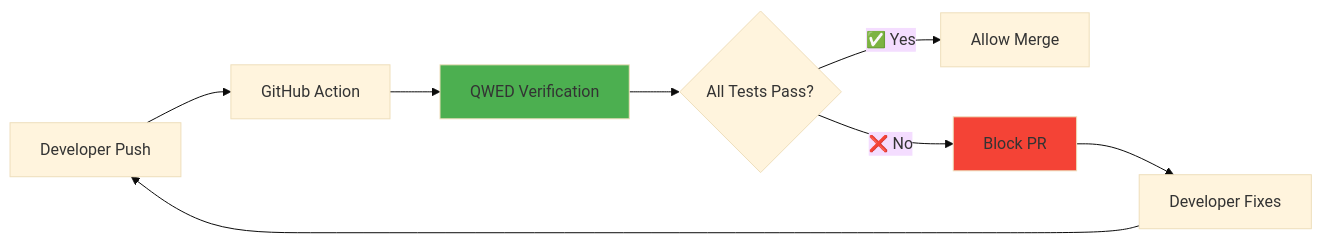
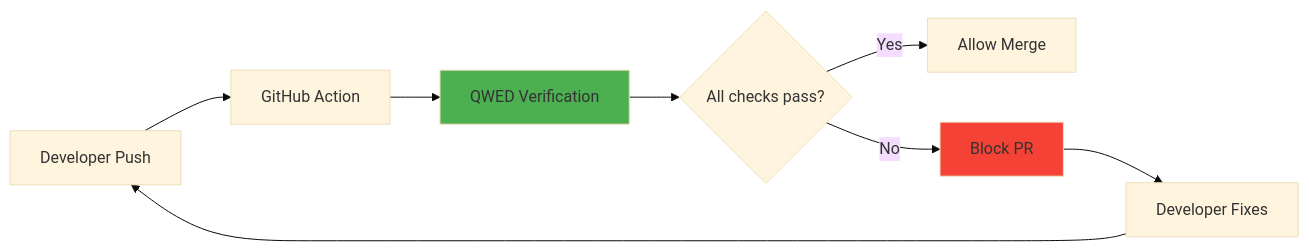
The diagram in module-9-devsecops/README.md (QWED-AI/qwed-learning), drawn with Mermaid (base theme) before and after one commit. The commit also changed other lines of this file and 3 other files, not shown here.

````diff
--- a/module-9-devsecops/README.md
+++ b/module-9-devsecops/README.md
@@ -67,13 +65,13 @@
 ```mermaid
 graph LR
     A[Developer Push] --> B[GitHub Action]
     B --> C[QWED Verification]
-    C --> D{All Tests Pass?}
-    D -->|✅ Yes| E[Allow Merge]
-    D -->|❌ No| F[Block PR]
+    C --> D{All checks pass?}
+    D -->|Yes| E[Allow Merge]
+    D -->|No| F[Block PR]
     F --> G[Developer Fixes]
     G --> A
-    
+
     style C fill:#4caf50
     style F fill:#f44336
 ```
````
